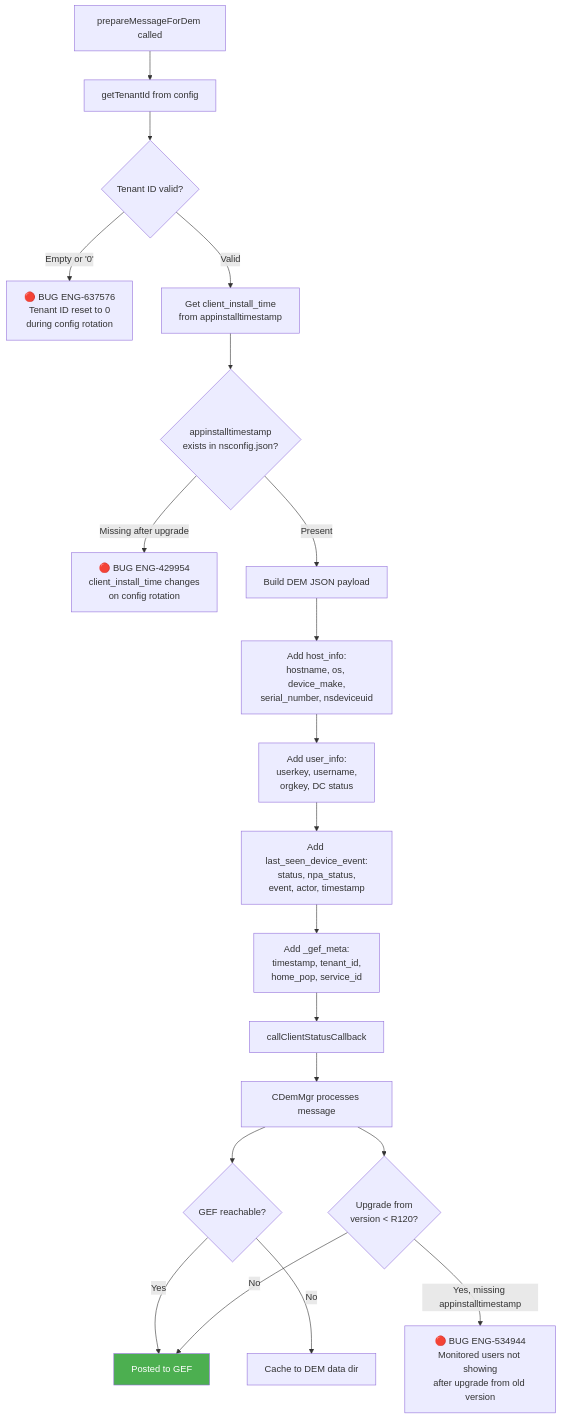
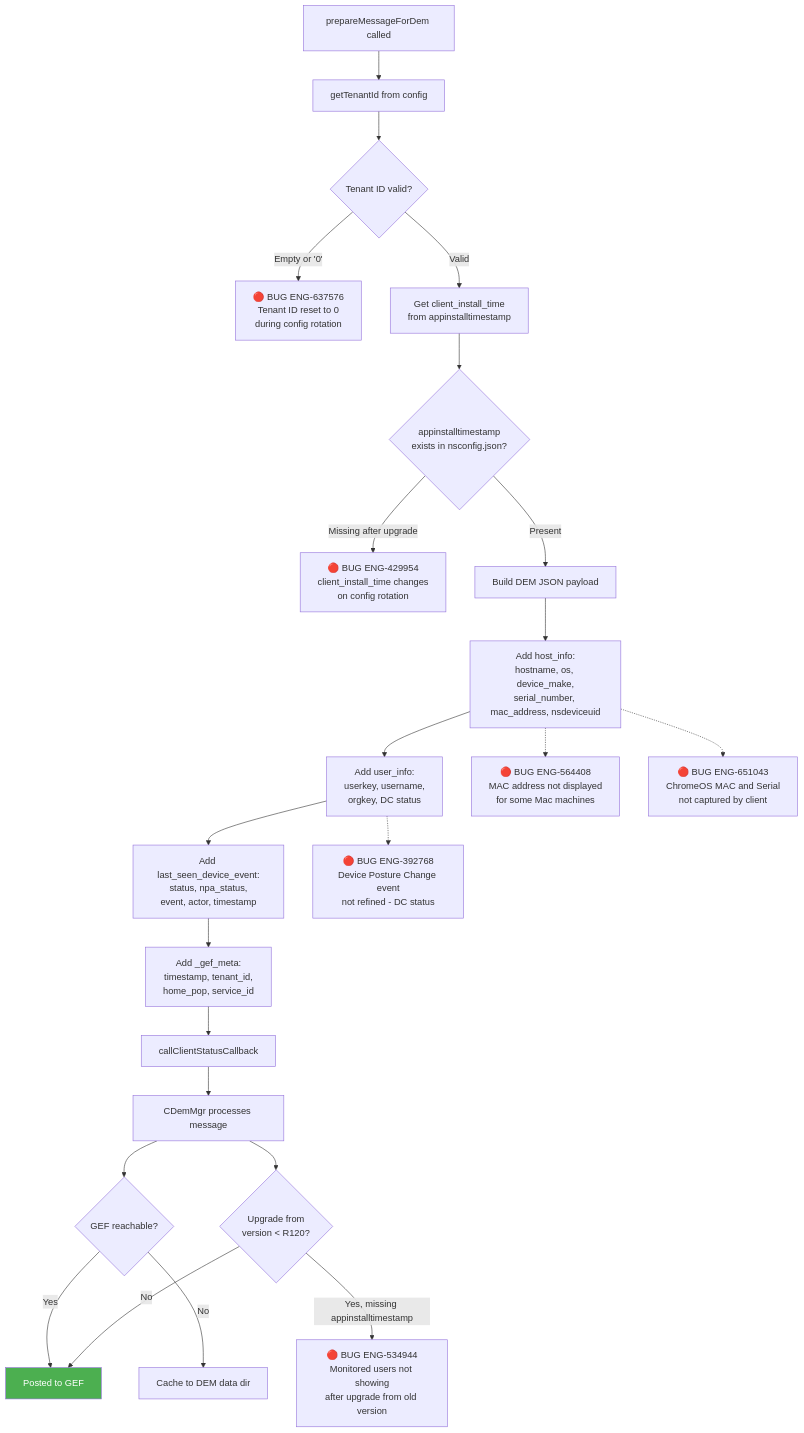
The fifth of 9 diagrams in chapters/06_client_status.md (ns-klin/endpoint_system_test_plan), drawn with Mermaid before and after one commit. The commit also changed other lines of this file and 26 other files, not shown here.

First line of the commit message:
Add 87 bugs from Excel enrichment and integrate into mermaid diagrams

````diff
--- a/chapters/06_client_status.md
+++ b/chapters/06_client_status.md
@@ -265,28 +296,36 @@
 ```mermaid
 flowchart TD
     START[prepareMessageForDem called] --> GET_TENANT[getTenantId from config]
     GET_TENANT --> CHK_TENANT{Tenant ID valid?}
     CHK_TENANT -->|Empty or '0'| BUG_TENANT["🔴 BUG ENG-637576<br/>Tenant ID reset to 0<br/>during config rotation"]
     CHK_TENANT -->|Valid| GET_INSTALL[Get client_install_time<br/>from appinstalltimestamp]
 
     GET_INSTALL --> CHK_INSTALL{appinstalltimestamp<br/>exists in nsconfig.json?}
     CHK_INSTALL -->|Missing after upgrade| BUG_INSTALL["🔴 BUG ENG-429954<br/>client_install_time changes<br/>on config rotation"]
     CHK_INSTALL -->|Present| BUILD[Build DEM JSON payload]
 
-    BUILD --> ADD_HOST[Add host_info:<br/>hostname, os, device_make,<br/>serial_number, nsdeviceuid]
+    BUILD --> ADD_HOST[Add host_info:<br/>hostname, os, device_make,<br/>serial_number, mac_address, nsdeviceuid]
     ADD_HOST --> ADD_USER[Add user_info:<br/>userkey, username,<br/>orgkey, DC status]
     ADD_USER --> ADD_EVENT[Add last_seen_device_event:<br/>status, npa_status,<br/>event, actor, timestamp]
     ADD_EVENT --> ADD_META[Add _gef_meta:<br/>timestamp, tenant_id,<br/>home_pop, service_id]
     ADD_META --> CALLBACK[callClientStatusCallback]
 
     CALLBACK --> DEM_MGR[CDemMgr processes message]
     DEM_MGR --> SEND{GEF reachable?}
     SEND -->|Yes| SUCCESS[Posted to GEF]
     SEND -->|No| CACHE_DEM[Cache to DEM data dir]
 
     DEM_MGR --> CHK_UPGRADE{Upgrade from<br/>version < R120?}
     CHK_UPGRADE -->|Yes, missing appinstalltimestamp| BUG_534944["🔴 BUG ENG-534944<br/>Monitored users not showing<br/>after upgrade from old version"]
     CHK_UPGRADE -->|No| SUCCESS
 
+    BUG_564408_DEM["🔴 BUG ENG-564408<br/>MAC address not displayed<br/>for some Mac machines"]
+    BUG_651043_DEM["🔴 BUG ENG-651043<br/>ChromeOS MAC and Serial<br/>not captured by client"]
+    BUG_392768_DEM["🔴 BUG ENG-392768<br/>Device Posture Change event<br/>not refined - DC status"]
+
+    ADD_HOST -.-> BUG_564408_DEM
+    ADD_HOST -.-> BUG_651043_DEM
+    ADD_USER -.-> BUG_392768_DEM
+
     style SUCCESS fill:#4CAF50,color:#fff
 ```
````
